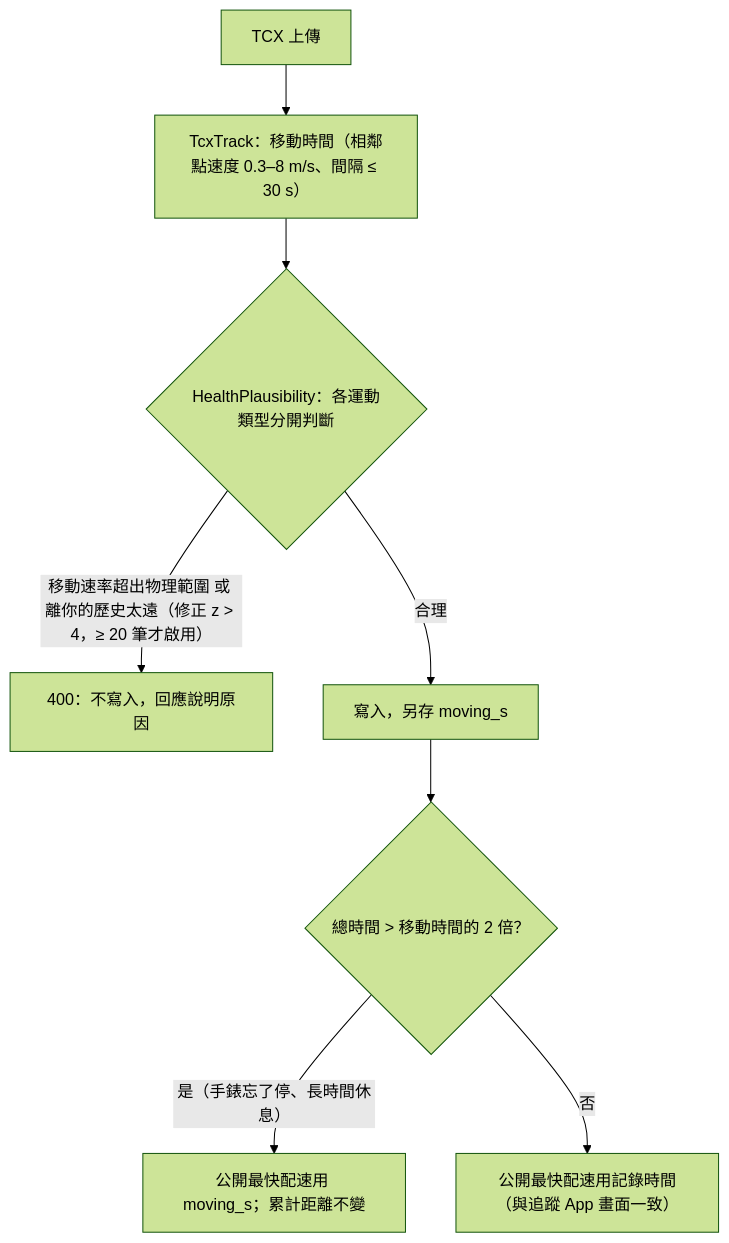
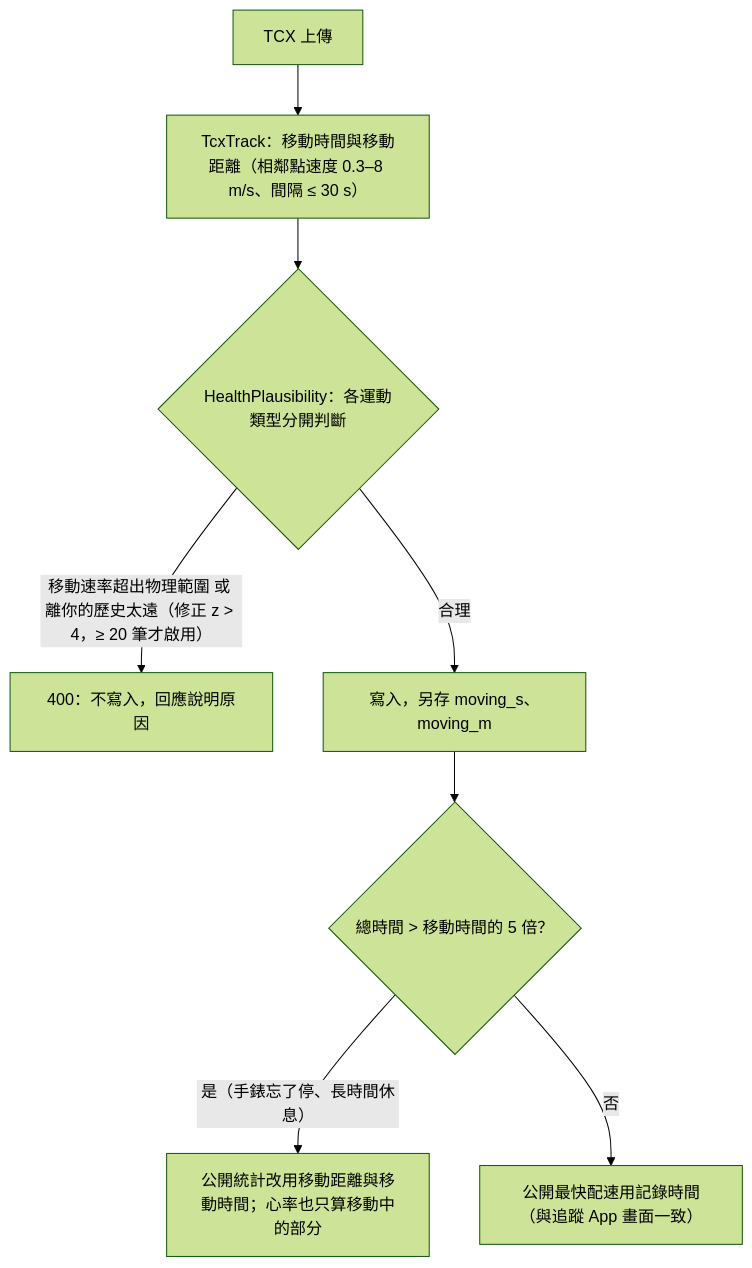
One commit to Vinskao/ty-multiverse-backend changed the fourth of 4 diagrams in docs/HEALTH_DATA.md. Above: the diagram before and after it, drawn with Mermaid (forest theme). The commit also changed other lines of this file and 8 other files, not shown here.

````diff
--- a/docs/HEALTH_DATA.md
+++ b/docs/HEALTH_DATA.md
@@ -117,10 +117,10 @@
 ```mermaid
 flowchart TD
-    U["TCX 上傳"] --> M["TcxTrack：移動時間（相鄰點速度 0.3–8 m/s、間隔 ≤ 30 s）"]
+    U["TCX 上傳"] --> M["TcxTrack：移動時間與移動距離（相鄰點速度 0.3–8 m/s、間隔 ≤ 30 s）"]
     M --> P{"HealthPlausibility：各運動類型分開判斷"}
     P -->|"移動速率超出物理範圍 或 離你的歷史太遠（修正 z > 4，≥ 20 筆才啟用）"| R["400：不寫入，回應說明原因"]
-    P -->|"合理"| S["寫入，另存 moving_s"]
-    S --> Q{"總時間 > 移動時間的 2 倍？"}
-    Q -->|"是（手錶忘了停、長時間休息）"| A["公開最快配速用 moving_s；累計距離不變"]
+    P -->|"合理"| S["寫入，另存 moving_s、moving_m"]
+    S --> Q{"總時間 > 移動時間的 5 倍？"}
+    Q -->|"是（手錶忘了停、長時間休息）"| A["公開統計改用移動距離與移動時間；心率也只算移動中的部分"]
     Q -->|"否"| B["公開最快配速用記錄時間（與追蹤 App 畫面一致）"]
 ```
````
